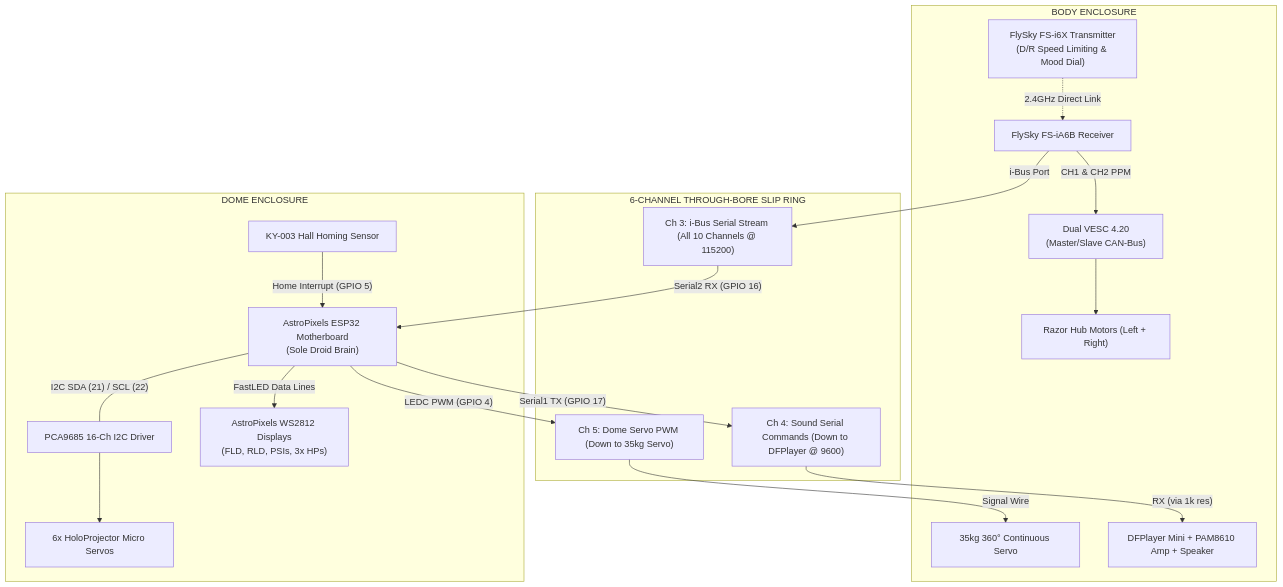
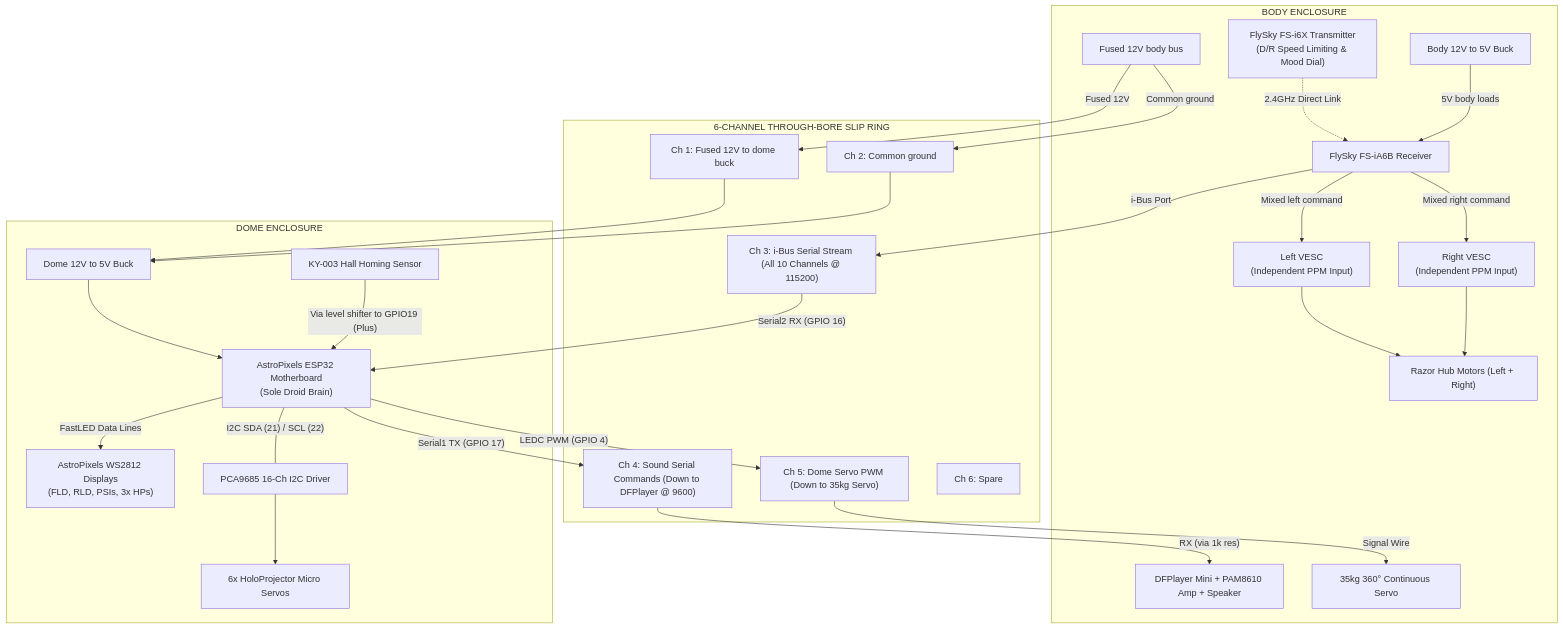
The diagram in ESP32_DOME_BRAIN_GUIDE.md (mmcgeary/HDR2D2), drawn with Mermaid before and after one commit. The commit also changed other lines of this file and 37 other files, not shown here.

````diff
--- a/ESP32_DOME_BRAIN_GUIDE.md
+++ b/ESP32_DOME_BRAIN_GUIDE.md
@@ -12,36 +12,50 @@
 ```mermaid
 flowchart TB
     subgraph BODY [BODY ENCLOSURE]
         TX["FlySky FS-i6X Transmitter<br/>(D/R Speed Limiting & Mood Dial)"]
         RX["FlySky FS-iA6B Receiver"]
-        VESC["Dual VESC 4.20<br/>(Master/Slave CAN-Bus)"]
+        BATTERY["Fused 12V body bus"]
+        VESC_L["Left VESC<br/>(Independent PPM Input)"]
+        VESC_R["Right VESC<br/>(Independent PPM Input)"]
+        BODY_BUCK["Body 12V to 5V Buck"]
         MOTORS["Razor Hub Motors (Left + Right)"]
         DFPLAYER["DFPlayer Mini + PAM8610 Amp + Speaker"]
         DOME_SERVO["35kg 360° Continuous Servo"]
 
         TX -.->|"2.4GHz Direct Link"| RX
-        RX -->|"CH1 & CH2 PPM"| VESC --> MOTORS
+        RX -->|"Mixed left command"| VESC_L --> MOTORS
+        RX -->|"Mixed right command"| VESC_R --> MOTORS
+        BODY_BUCK -->|"5V body loads"| RX
     end
 
     subgraph SLIPRING [6-CHANNEL THROUGH-BORE SLIP RING]
+        CH1["Ch 1: Fused 12V to dome buck"]
+        CH2["Ch 2: Common ground"]
         CH3["Ch 3: i-Bus Serial Stream (All 10 Channels @ 115200)"]
         CH4["Ch 4: Sound Serial Commands (Down to DFPlayer @ 9600)"]
         CH5["Ch 5: Dome Servo PWM (Down to 35kg Servo)"]
+        CH6["Ch 6: Spare"]
     end
 
     subgraph DOME [DOME ENCLOSURE]
         ESP32["AstroPixels ESP32 Motherboard<br/>(Sole Droid Brain)"]
         LIGHTS["AstroPixels WS2812 Displays<br/>(FLD, RLD, PSIs, 3x HPs)"]
         PCA["PCA9685 16-Ch I2C Driver"]
         SERVOS["6x HoloProjector Micro Servos"]
         HALL["KY-003 Hall Homing Sensor"]
+        DOME_BUCK["Dome 12V to 5V Buck"]
+        BATTERY -->|"Fused 12V"| CH1
+        BATTERY -->|"Common ground"| CH2
+        CH1 --> DOME_BUCK
+        CH2 --> DOME_BUCK
+        DOME_BUCK --> ESP32
 
         RX -->|"i-Bus Port"| CH3 -->|"Serial2 RX (GPIO 16)"| ESP32
         ESP32 -->|"Serial1 TX (GPIO 17)"| CH4 -->|"RX (via 1k res)"| DFPLAYER
         ESP32 -->|"LEDC PWM (GPIO 4)"| CH5 -->|"Signal Wire"| DOME_SERVO
 
         ESP32 -->|"FastLED Data Lines"| LIGHTS
         ESP32 ---|"I2C SDA (21) / SCL (22)"| PCA --> SERVOS
-        HALL -->|"Home Interrupt (GPIO 5)"| ESP32
+        HALL -->|"Via level shifter to GPIO19 (Plus)"| ESP32
     end
 ```
````
